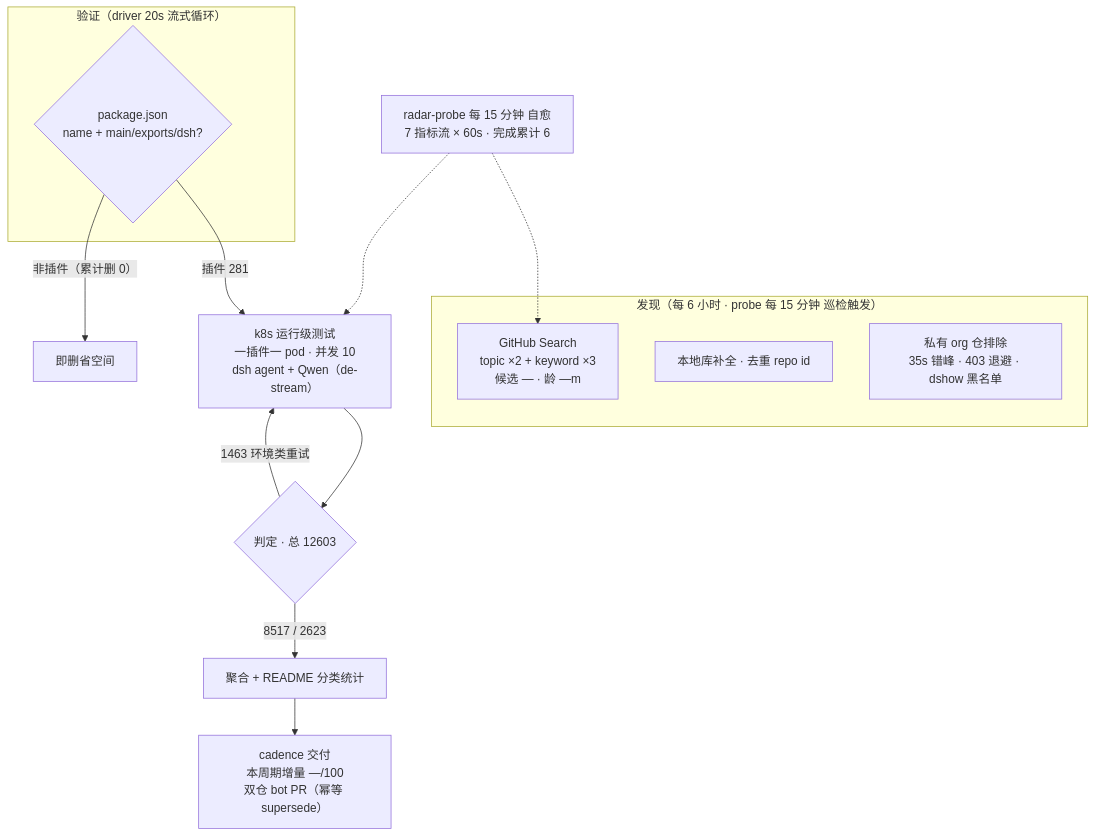
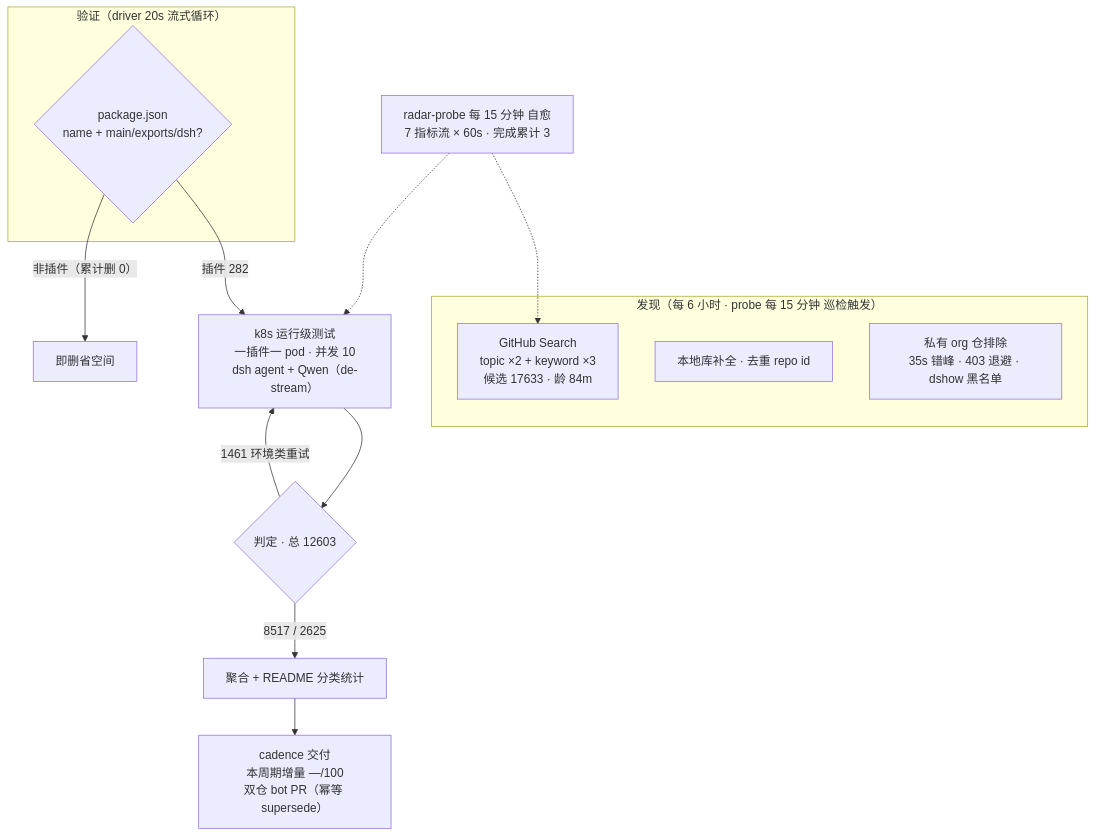
One commit to AdamPlatin123/awesome-dsh-plugins changed the diagram in README.md. Above: the diagram before and after it, drawn with Mermaid. The commit also changed other lines of this file and 5 other files, not shown here.

````diff
--- a/README.md
+++ b/README.md
@@ -52,20 +52,20 @@
 ```mermaid
 flowchart TB
     subgraph Discovery["发现（每 6 小时 · probe 每 15 分钟 巡检触发）"]
-        A1["GitHub Search<br/>topic ×2 + keyword ×3<br/>候选 — · 龄 —m"]
+        A1["GitHub Search<br/>topic ×2 + keyword ×3<br/>候选 17633 · 龄 84m"]
         A2["本地库补全 · 去重 repo id"]
         A3["私有 org 仓排除<br/>35s 错峰 · 403 退避 · dshow 黑名单"]
     end
     subgraph Validation["验证（driver 20s 流式循环）"]
         B1{"package.json<br/>name + main/exports/dsh?"}
     end
-    B1 -->|"插件 281"| C1["k8s 运行级测试<br/>一插件一 pod · 并发 10<br/>dsh agent + Qwen（de-stream）"]
+    B1 -->|"插件 282"| C1["k8s 运行级测试<br/>一插件一 pod · 并发 10<br/>dsh agent + Qwen（de-stream）"]
     B1 -->|"非插件（累计删 0）"| B3["即删省空间"]
     C1 --> D1{"判定 · 总 12603"}
-    D1 -->|"8517 / 2623"| E1["聚合 + README 分类统计"]
-    D1 -->|"1463 环境类重试"| C1
+    D1 -->|"8517 / 2625"| E1["聚合 + README 分类统计"]
+    D1 -->|"1461 环境类重试"| C1
     E1 --> E2["cadence 交付<br/>本周期增量 —/100<br/>双仓 bot PR（幂等 supersede）"]
-    M["radar-probe 每 15 分钟 自愈<br/>7 指标流 × 60s · 完成累计 6"]
+    M["radar-probe 每 15 分钟 自愈<br/>7 指标流 × 60s · 完成累计 3"]
     M -.-> A1
     M -.-> C1
 ```
````
